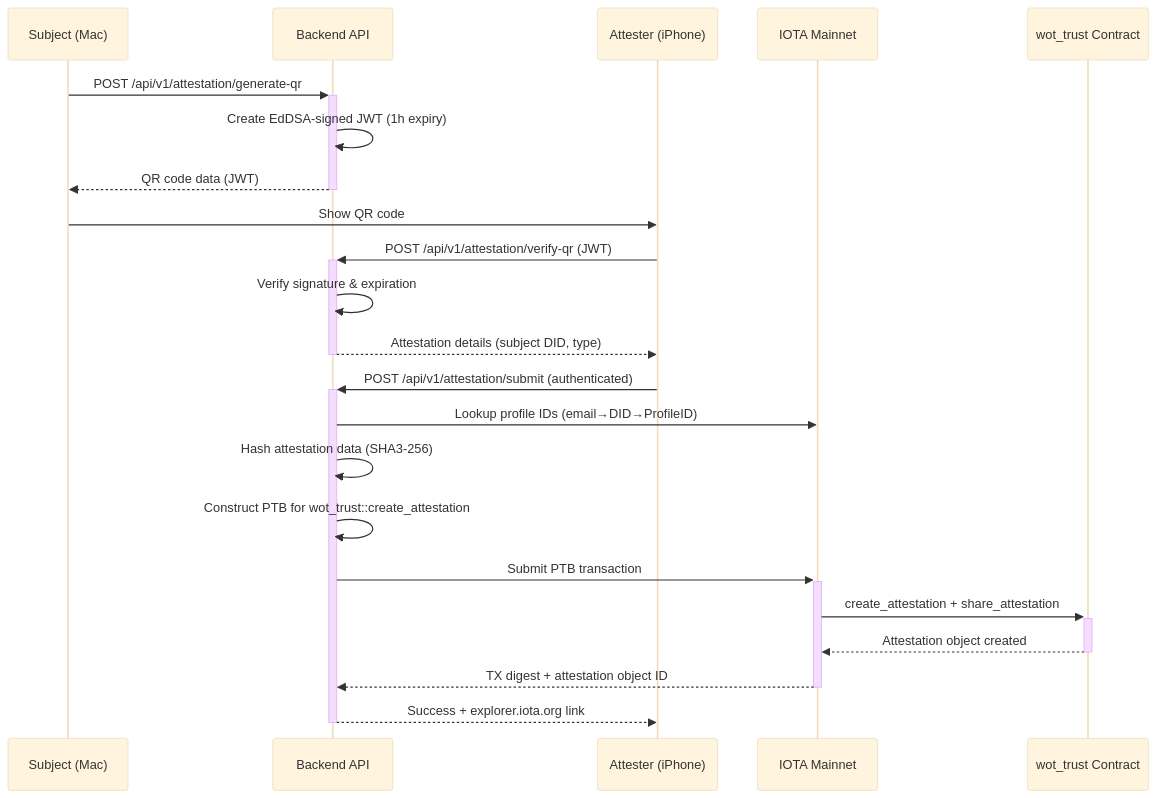
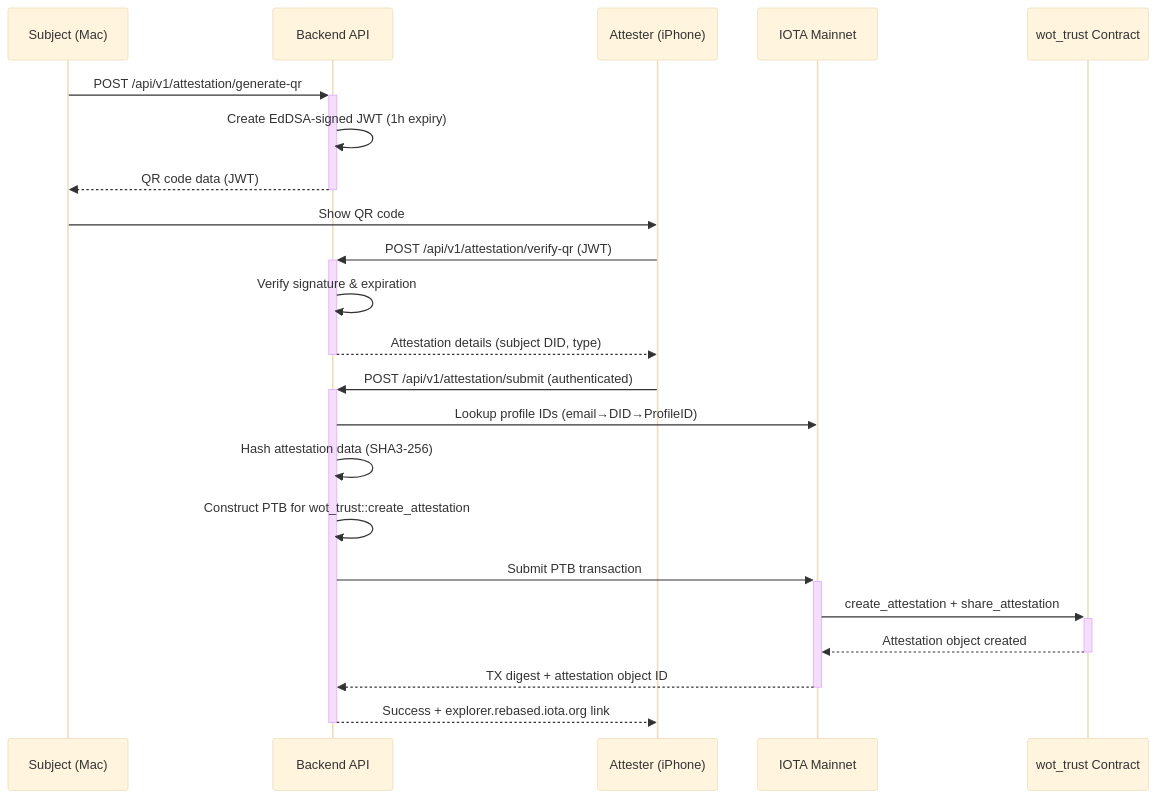
Before and after one commit to theweboftrust/wot.id-public-docs: the sixth of 7 diagrams in 02_System_Architecture.md, drawn with Mermaid (base theme). The commit also changed other lines of this file, not shown here.

````diff
--- a/02_System_Architecture.md
+++ b/02_System_Architecture.md
@@ -398,28 +398,28 @@
 ```mermaid
 sequenceDiagram
     participant Subject (Mac)
     participant Backend API
     participant Attester (iPhone)
     participant IOTA Mainnet
     participant wot_trust Contract
 
     Subject (Mac)->>+Backend API: POST /api/v1/attestation/generate-qr
     Backend API->>Backend API: Create EdDSA-signed JWT (1h expiry)
     Backend API-->>-Subject (Mac): QR code data (JWT)
 
     Subject (Mac)->>Attester (iPhone): Show QR code
 
     Attester (iPhone)->>+Backend API: POST /api/v1/attestation/verify-qr (JWT)
     Backend API->>Backend API: Verify signature & expiration
     Backend API-->>-Attester (iPhone): Attestation details (subject DID, type)
 
     Attester (iPhone)->>+Backend API: POST /api/v1/attestation/submit (authenticated)
     Backend API->>IOTA Mainnet: Lookup profile IDs (email→DID→ProfileID)
     Backend API->>Backend API: Hash attestation data (SHA3-256)
     Backend API->>Backend API: Construct PTB for wot_trust::create_attestation
     Backend API->>+IOTA Mainnet: Submit PTB transaction
     IOTA Mainnet->>+wot_trust Contract: create_attestation + share_attestation
     wot_trust Contract-->>-IOTA Mainnet: Attestation object created
     IOTA Mainnet-->>-Backend API: TX digest + attestation object ID
-    Backend API-->>-Attester (iPhone): Success + explorer.iota.org link
+    Backend API-->>-Attester (iPhone): Success + explorer.rebased.iota.org link
 ```
````
